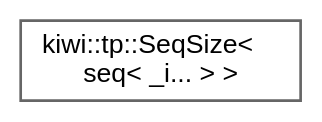
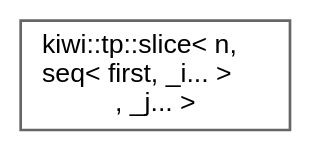
Before and after one commit to bab2min/Kiwi: the diagram in inherit_graph_96.dot, drawn with Graphviz. The commit also changed 545 other files, not shown here.

```diff
--- a/inherit_graph_96.dot
+++ b/inherit_graph_96.dot
@@ -1,9 +1,9 @@
 digraph "Graphical Class Hierarchy"
 {
  // LATEX_PDF_SIZE
   bgcolor="transparent";
   edge [fontname=Helvetica,fontsize=10,labelfontname=Helvetica,labelfontsize=10];
   node [fontname=Helvetica,fontsize=10,shape=box,height=0.2,width=0.4];
   rankdir="LR";
-  Node0 [id="Node000000",label="kiwi::tp::SeqSize\<\l seq\< _i... \> \>",height=0.2,width=0.4,color="grey40", fillcolor="white", style="filled",URL="$structkiwi_1_1tp_1_1SeqSize_3_01seq_3_01__i_8_8_8_01_4_01_4.html",tooltip=" "];
+  Node0 [id="Node000000",label="kiwi::tp::slice\< n,\l seq\< first, _i... \>\l, _j... \>",height=0.2,width=0.4,color="grey40", fillcolor="white", style="filled",URL="$structkiwi_1_1tp_1_1slice_3_01n_00_01seq_3_01first_00_01__i_8_8_8_01_4_00_01__j_8_8_8_01_4.html",tooltip=" "];
 }
```
